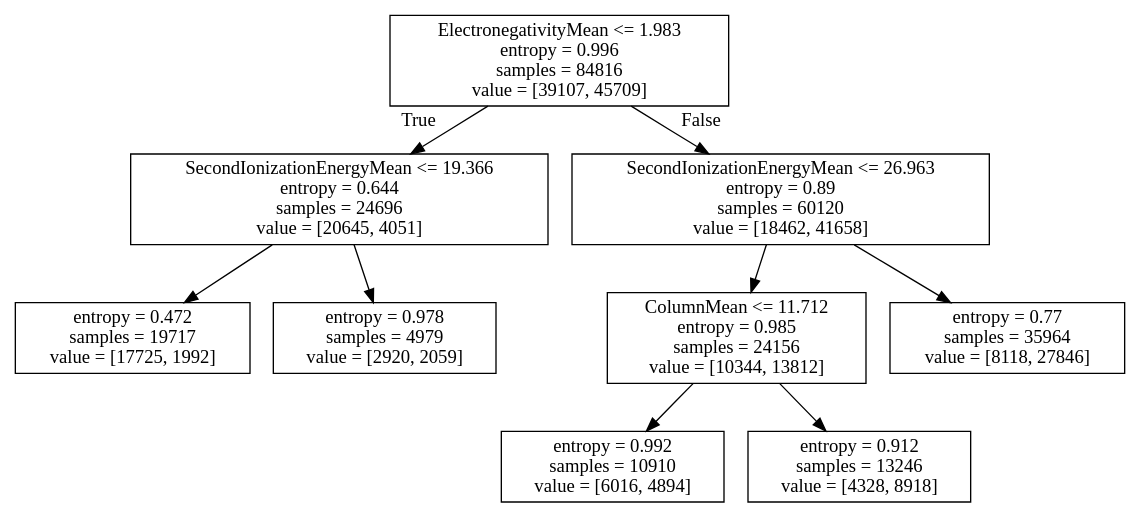
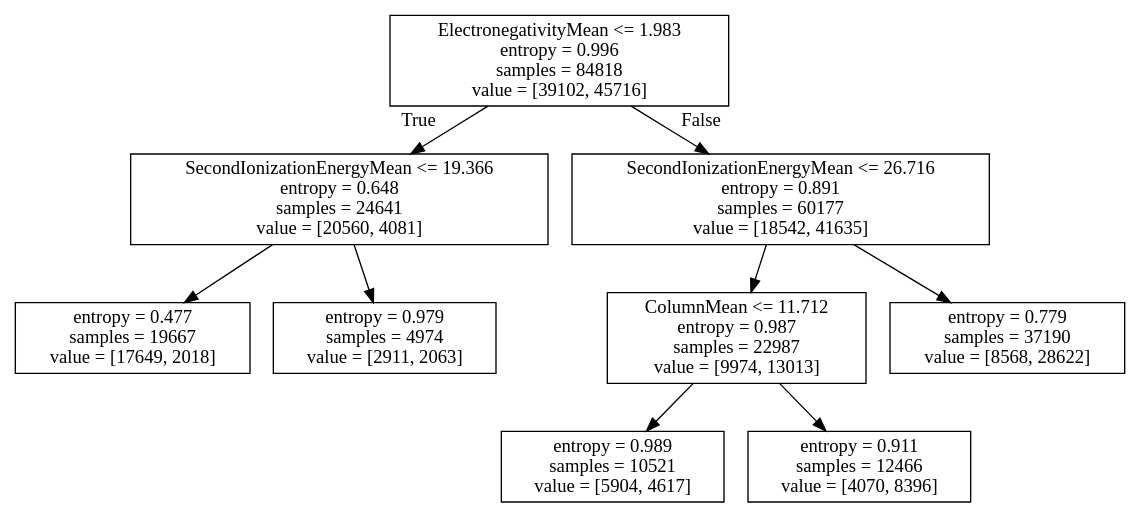
Before and after one commit to materialsvirtuallab/nano281: the diagram in lectures/metal_insulator_tree.dot, drawn with Graphviz. The commit also changed 1 other file, not shown here.

```diff
--- a/lectures/metal_insulator_tree.dot
+++ b/lectures/metal_insulator_tree.dot
@@ -1,20 +1,20 @@
 digraph Tree {
 node [shape=box] ;
-0 [label="ElectronegativityMean <= 1.983\nentropy = 0.996\nsamples = 84816\nvalue = [39107, 45709]"] ;
-1 [label="SecondIonizationEnergyMean <= 19.366\nentropy = 0.644\nsamples = 24696\nvalue = [20645, 4051]"] ;
+0 [label="ElectronegativityMean <= 1.983\nentropy = 0.996\nsamples = 84818\nvalue = [39102, 45716]"] ;
+1 [label="SecondIonizationEnergyMean <= 19.366\nentropy = 0.648\nsamples = 24641\nvalue = [20560, 4081]"] ;
 0 -> 1 [labeldistance=2.5, labelangle=45, headlabel="True"] ;
-2 [label="entropy = 0.472\nsamples = 19717\nvalue = [17725, 1992]"] ;
+2 [label="entropy = 0.477\nsamples = 19667\nvalue = [17649, 2018]"] ;
 1 -> 2 ;
-3 [label="entropy = 0.978\nsamples = 4979\nvalue = [2920, 2059]"] ;
+3 [label="entropy = 0.979\nsamples = 4974\nvalue = [2911, 2063]"] ;
 1 -> 3 ;
-4 [label="SecondIonizationEnergyMean <= 26.963\nentropy = 0.89\nsamples = 60120\nvalue = [18462, 41658]"] ;
+4 [label="SecondIonizationEnergyMean <= 26.716\nentropy = 0.891\nsamples = 60177\nvalue = [18542, 41635]"] ;
 0 -> 4 [labeldistance=2.5, labelangle=-45, headlabel="False"] ;
-5 [label="ColumnMean <= 11.712\nentropy = 0.985\nsamples = 24156\nvalue = [10344, 13812]"] ;
+5 [label="ColumnMean <= 11.712\nentropy = 0.987\nsamples = 22987\nvalue = [9974, 13013]"] ;
 4 -> 5 ;
-6 [label="entropy = 0.992\nsamples = 10910\nvalue = [6016, 4894]"] ;
+6 [label="entropy = 0.989\nsamples = 10521\nvalue = [5904, 4617]"] ;
 5 -> 6 ;
-7 [label="entropy = 0.912\nsamples = 13246\nvalue = [4328, 8918]"] ;
+7 [label="entropy = 0.911\nsamples = 12466\nvalue = [4070, 8396]"] ;
 5 -> 7 ;
-8 [label="entropy = 0.77\nsamples = 35964\nvalue = [8118, 27846]"] ;
+8 [label="entropy = 0.779\nsamples = 37190\nvalue = [8568, 28622]"] ;
 4 -> 8 ;
 }
```
